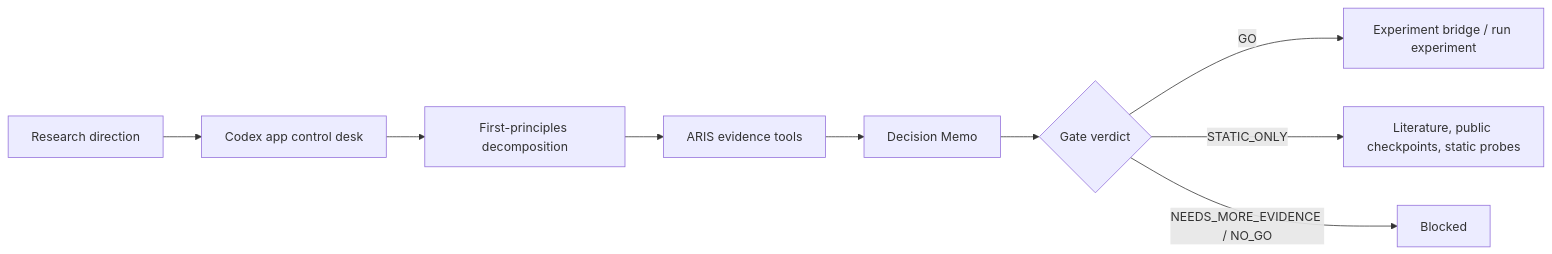
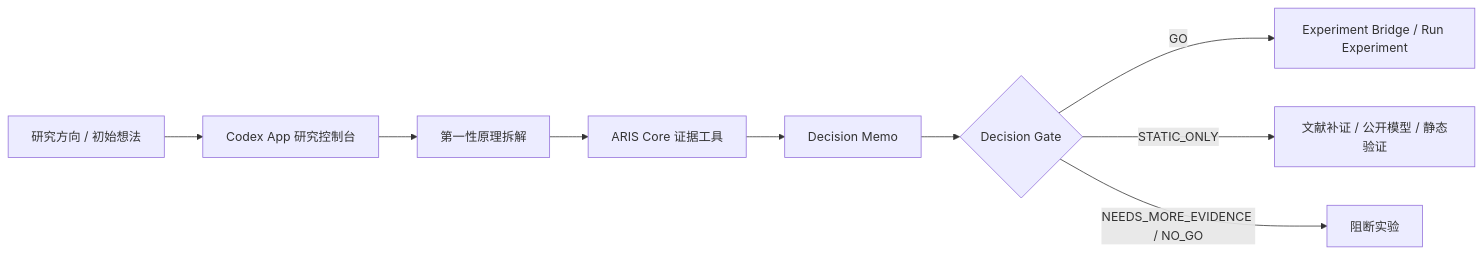
The diagram in README.md (Eternite-0/CodexResearchDesk), drawn with Mermaid before and after one commit. The commit also changed other lines of this file, not shown here.

````diff
--- a/README.md
+++ b/README.md
@@ -43,11 +47,11 @@
 ```mermaid
 flowchart LR
-    A["Research direction"] --> B["Codex app control desk"]
-    B --> C["First-principles decomposition"]
-    C --> D["ARIS evidence tools"]
+    A["研究方向 / 初始想法"] --> B["Codex App 研究控制台"]
+    B --> C["第一性原理拆解"]
+    C --> D["ARIS Core 证据工具"]
     D --> E["Decision Memo"]
-    E --> F{"Gate verdict"}
-    F -->|GO| G["Experiment bridge / run experiment"]
-    F -->|STATIC_ONLY| H["Literature, public checkpoints, static probes"]
-    F -->|NEEDS_MORE_EVIDENCE / NO_GO| I["Blocked"]
+    E --> F{"Decision Gate"}
+    F -->|GO| G["Experiment Bridge / Run Experiment"]
+    F -->|STATIC_ONLY| H["文献补证 / 公开模型 / 静态验证"]
+    F -->|NEEDS_MORE_EVIDENCE / NO_GO| I["阻断实验"]
 ```
````
